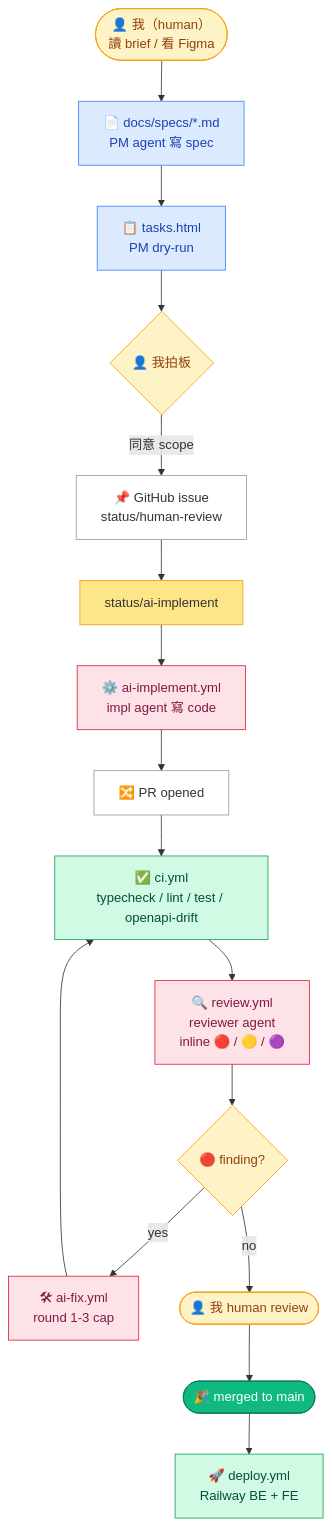
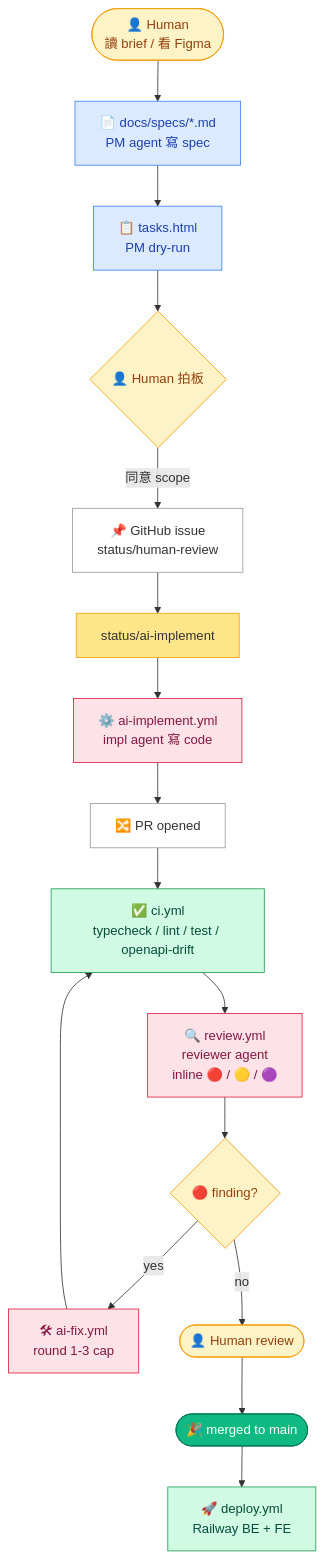
Before and after one commit to YiHeng0221/yihengwu-jko-interview: the diagram in README.md, drawn with Mermaid. The commit also changed other lines of this file, not shown here.

````diff
--- a/README.md
+++ b/README.md
@@ -122,37 +122,37 @@
 ```mermaid
 flowchart TB
-    Human([👤 我（human）<br/>讀 brief / 看 Figma]):::human
+    Human([👤 Human<br/>讀 brief / 看 Figma]):::human
     Spec[📄 docs/specs/*.md<br/>PM agent 寫 spec]:::pm
     Tasks[📋 tasks.html<br/>PM dry-run]:::pm
     Issue[📌 GitHub issue<br/>status/human-review]:::issue
 
-    HumanGate1{👤 我拍板}:::human
+    HumanGate1{👤 Human 拍板}:::human
     Label[status/ai-implement]:::label
 
     Implement[⚙️ ai-implement.yml<br/>impl agent 寫 code]:::ai
     PR[🔀 PR opened]:::pr
     CI[✅ ci.yml<br/>typecheck / lint / test / openapi-drift]:::ci
 
     Review[🔍 review.yml<br/>reviewer agent<br/>inline 🔴 / 🟡 / 🟣]:::ai
 
     HumanFork{🔴 finding?}:::human
     Fix[🛠 ai-fix.yml<br/>round 1-3 cap]:::ai
-    HumanReview([👤 我 human review]):::human
+    HumanReview([👤 Human review]):::human
     Merge([🎉 merged to main]):::merged
     Deploy[🚀 deploy.yml<br/>Railway BE + FE]:::ci
 
     Human --> Spec --> Tasks --> HumanGate1
     HumanGate1 -- 同意 scope --> Issue --> Label --> Implement
     Implement --> PR --> CI --> Review --> HumanFork
     HumanFork -- yes --> Fix --> CI
     HumanFork -- no --> HumanReview --> Merge --> Deploy
 
     classDef human fill:#fef3c7,stroke:#f59e0b,color:#92400e
     classDef pm fill:#dbeafe,stroke:#3b82f6,color:#1e40af
     classDef ai fill:#fde2e7,stroke:#e01e3c,color:#831843
     classDef ci fill:#d1fae5,stroke:#1f9d55,color:#064e3b
     classDef issue fill:#fff,stroke:#999
     classDef pr fill:#fff,stroke:#999
     classDef label fill:#fde68a,stroke:#f59e0b
     classDef merged fill:#10b981,stroke:#047857,color:white
 ```
````
